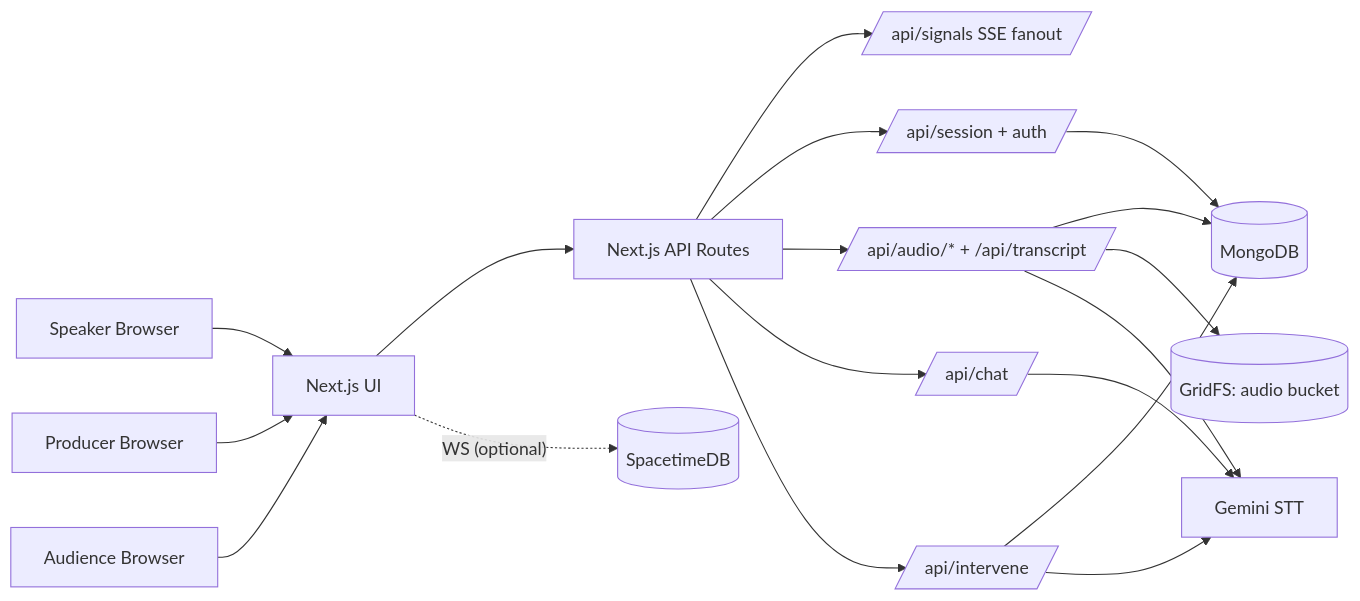
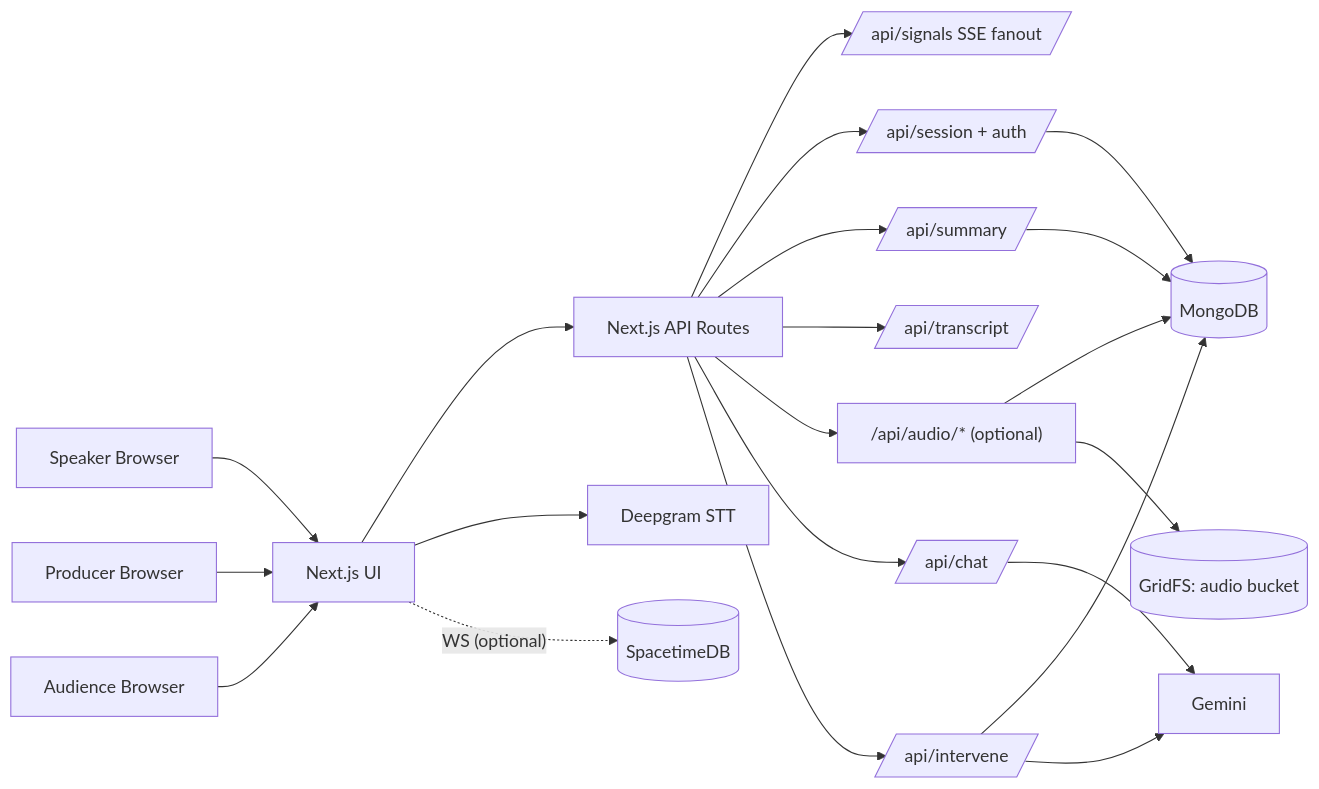
The first of 8 diagrams in PULSE_ARCHITECTUREPLAN.md (arvinder004/PULSE_HACKBYTE4.0), drawn with Mermaid before and after one commit. The commit also changed other lines of this file and 14 other files, not shown here.

````diff
--- a/PULSE_ARCHITECTUREPLAN.md
+++ b/PULSE_ARCHITECTUREPLAN.md
@@ -29,26 +30,29 @@
 ```mermaid
 graph LR
   Speaker[Speaker Browser] --> UI[Next.js UI]
   Producer[Producer Browser] --> UI
   Audience[Audience Browser] --> UI
 
   UI --> API[Next.js API Routes]
 
   API --> SSE[/api/signals SSE fanout/]
   API --> Sess[/api/session + auth/]
-  API --> Audio[/api/audio/* + /api/transcript/]
+  API --> Summary[/api/summary/]
+  API --> Transcript[/api/transcript/]
+  API --> Audio["/api/audio/* (optional)"]
   API --> Chat[/api/chat/]
   API --> Intervene[/api/intervene/]
 
   Sess --> Mongo[(MongoDB)]
   Intervene --> Mongo
+  Summary --> Mongo
   Audio --> Mongo
 
   Audio --> GFS[(GridFS: audio bucket)]
 
-  Audio --> Gemini[Gemini STT]
+  UI --> Deepgram[Deepgram STT]
   Chat --> Gemini
   Intervene --> Gemini
 
   UI -. "WS (optional)" .-> STDB[(SpacetimeDB)]
 ```
````
